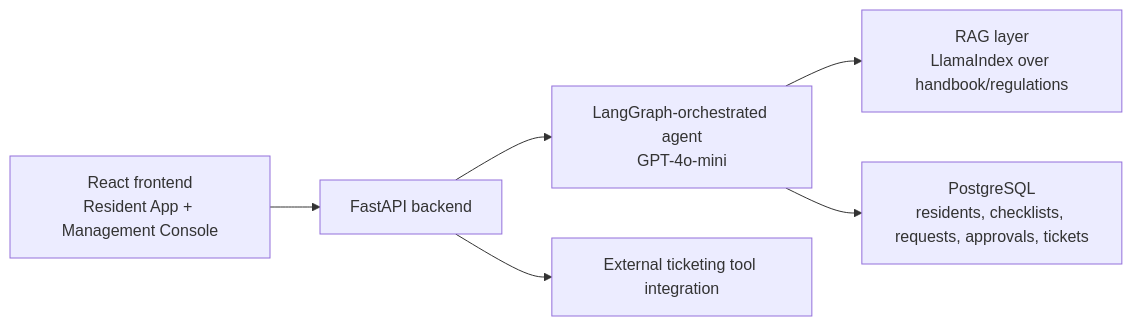
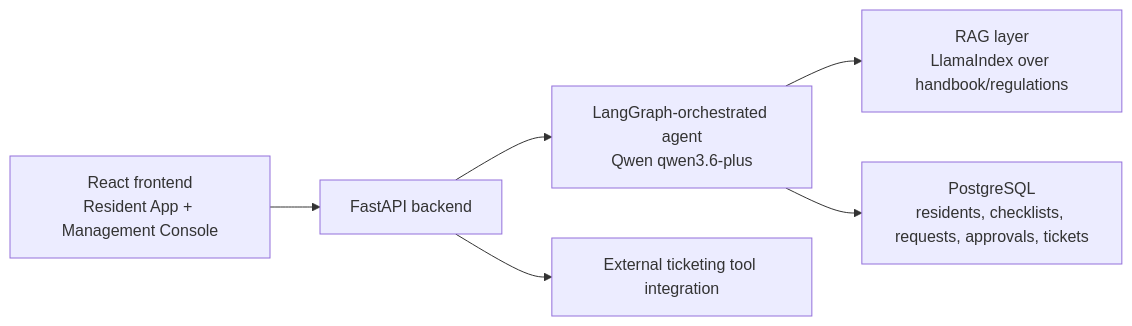
One commit to nguyendangtran2110-bit/p052-deploy changed the first of 2 diagrams in docs/PRD.md. Above: the diagram before and after it, drawn with Mermaid. The commit also changed other lines of this file and 5 other files, not shown here.

````diff
--- a/docs/PRD.md
+++ b/docs/PRD.md
@@ -153,15 +153,15 @@
 ```mermaid
 flowchart LR
   frontend["React frontend<br/>Resident App + Management Console"]
   backend["FastAPI backend"]
-  agent["LangGraph-orchestrated agent<br/>GPT-4o-mini"]
+  agent["LangGraph-orchestrated agent<br/>Qwen qwen3.6-plus"]
   rag["RAG layer<br/>LlamaIndex over handbook/regulations"]
   postgres["PostgreSQL<br/>residents, checklists, requests, approvals, tickets"]
   ticketing["External ticketing tool integration"]
 
   frontend --> backend
   backend --> agent
   agent --> rag
   agent --> postgres
   backend --> ticketing
 ```
````
